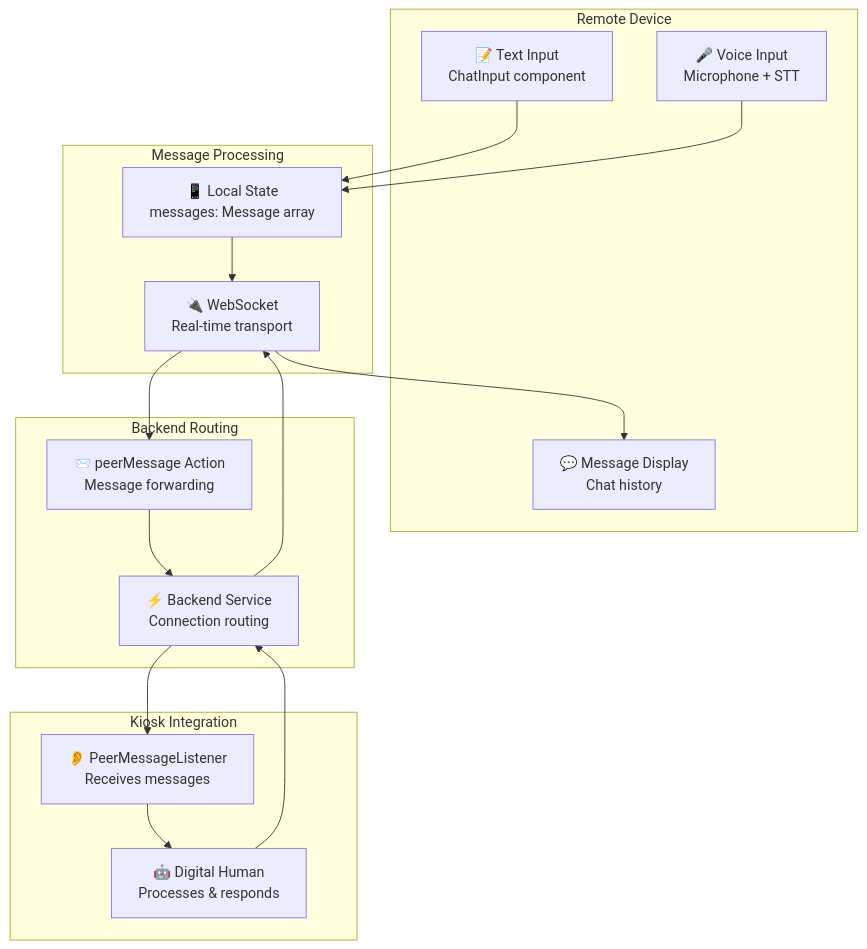
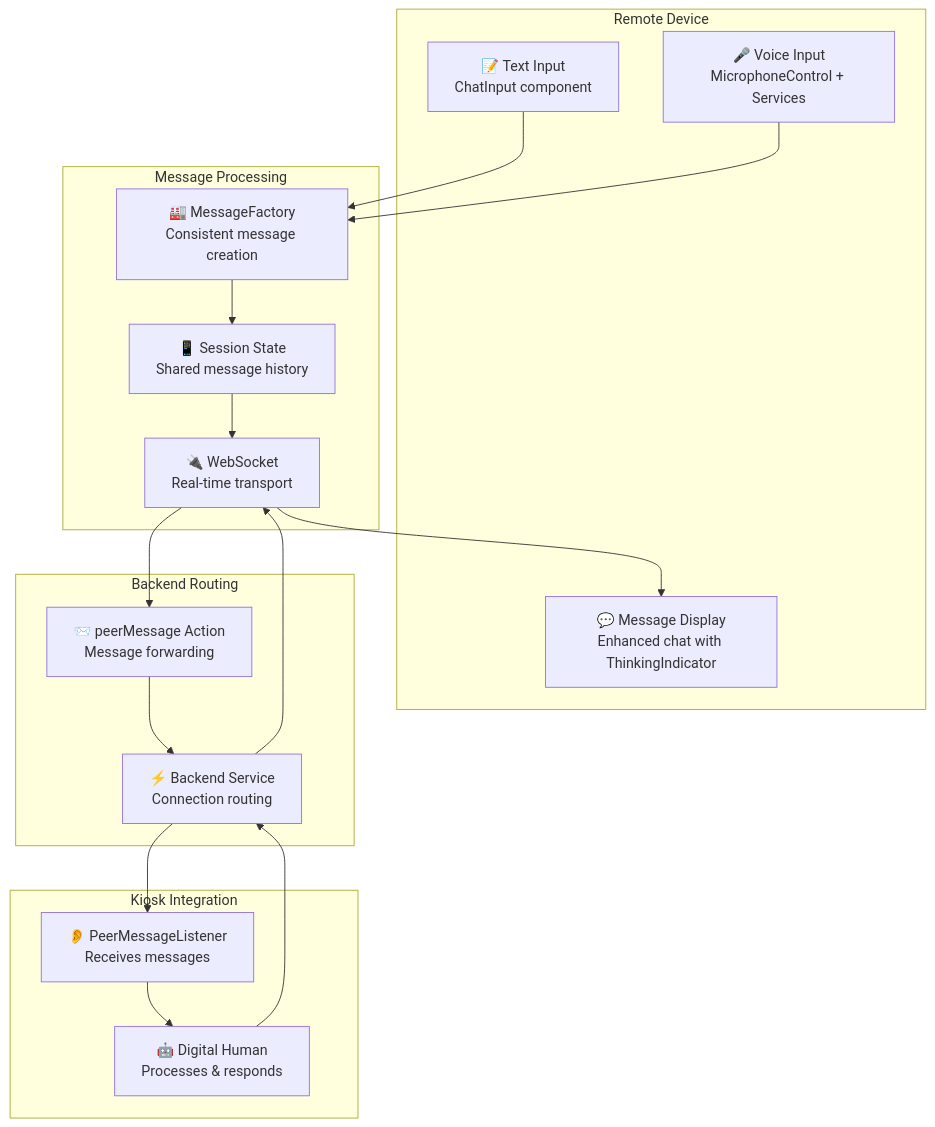
The first of 6 diagrams in src/docs/pages/remote/messaging.md (RoyAtUneeQ/kiosk-sama), drawn with Mermaid before and after one commit. The commit also changed other lines of this file and 6 other files, not shown here.

````diff
--- a/src/docs/pages/remote/messaging.md
+++ b/src/docs/pages/remote/messaging.md
@@ -7,34 +7,36 @@
 ```mermaid
 graph TB
     subgraph "Remote Device"
         TextInput[📝 Text Input<br/>ChatInput component]
-        VoiceInput[🎤 Voice Input<br/>Microphone + STT]
-        MessageList[💬 Message Display<br/>Chat history]
+        VoiceInput[🎤 Voice Input<br/>MicrophoneControl + Services]
+        MessageList[💬 Message Display<br/>Enhanced chat with ThinkingIndicator]
     end
     
     subgraph "Message Processing"
-        LocalState[📱 Local State<br/>messages: Message array]
+        MessageFactory[🏭 MessageFactory<br/>Consistent message creation]
+        SessionState[📱 Session State<br/>Shared message history]
         WebSocket[🔌 WebSocket<br/>Real-time transport]
     end
     
     subgraph "Backend Routing"
         PeerMessage[📨 peerMessage Action<br/>Message forwarding]
         Backend[⚡ Backend Service<br/>Connection routing]
     end
     
     subgraph "Kiosk Integration"
         PeerListener[👂 PeerMessageListener<br/>Receives messages]
         Avatar[🤖 Digital Human<br/>Processes & responds]
     end
     
-    TextInput --> LocalState
-    VoiceInput --> LocalState
-    LocalState --> WebSocket
+    TextInput --> MessageFactory
+    VoiceInput --> MessageFactory
+    MessageFactory --> SessionState
+    SessionState --> WebSocket
     WebSocket --> PeerMessage
     PeerMessage --> Backend
     Backend --> PeerListener
     PeerListener --> Avatar
     Avatar --> Backend
     Backend --> WebSocket
     WebSocket --> MessageList
 ```
````
